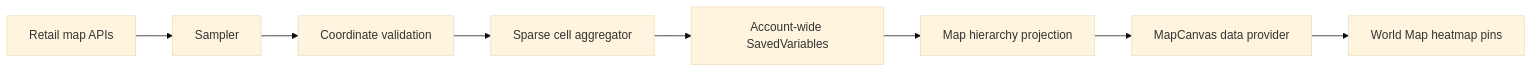
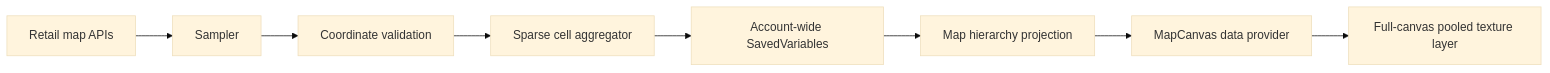
Before and after one commit to Anduin-Webworks/explorer-footprint: the diagram in docs/concepts/heatmap.md, drawn with Mermaid (base theme). The commit also changed other lines of this file and 15 other files, not shown here.

````diff
--- a/docs/concepts/heatmap.md
+++ b/docs/concepts/heatmap.md
@@ -9,10 +9,10 @@
 ```mermaid
 flowchart LR
     A[Retail map APIs] --> B[Sampler]
     B --> C[Coordinate validation]
     C --> D[Sparse cell aggregator]
     D --> E[Account-wide SavedVariables]
     E --> F[Map hierarchy projection]
     F --> G[MapCanvas data provider]
-    G --> H[World Map heatmap pins]
+    G --> H[Full-canvas pooled texture layer]
 ```
````
